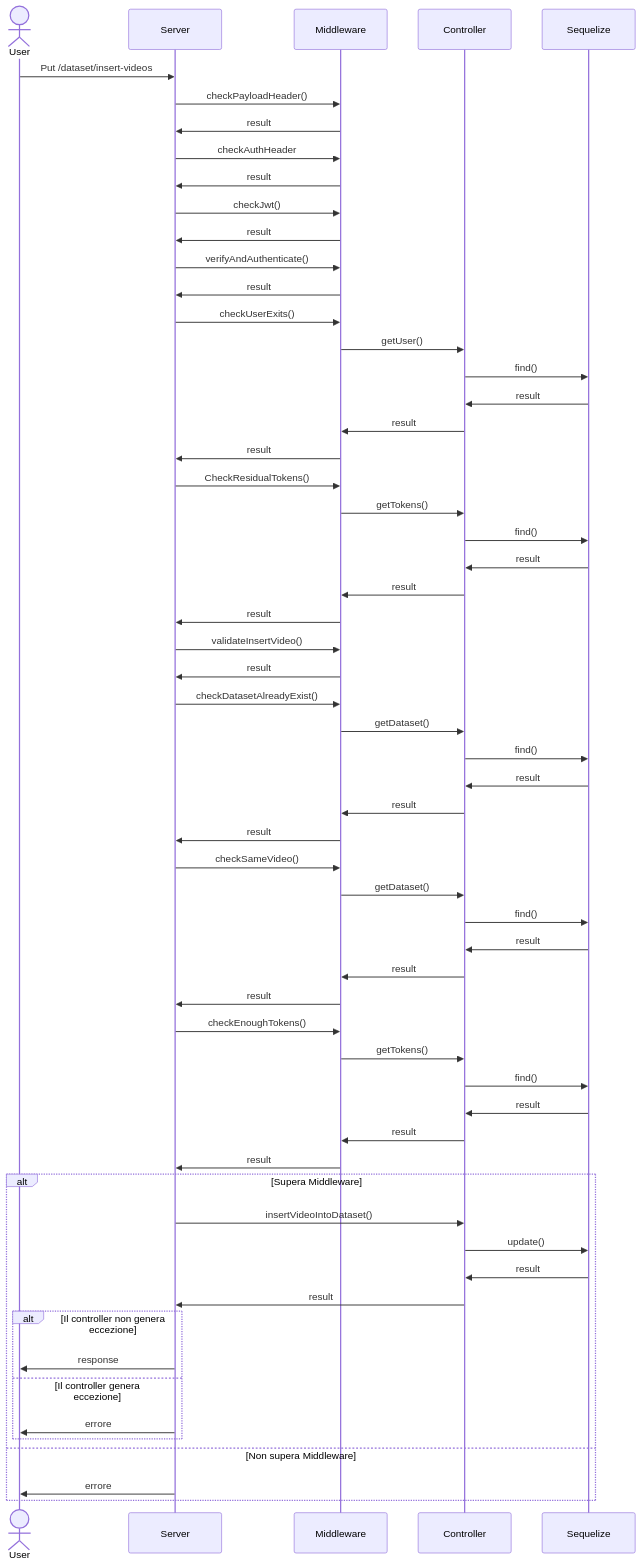
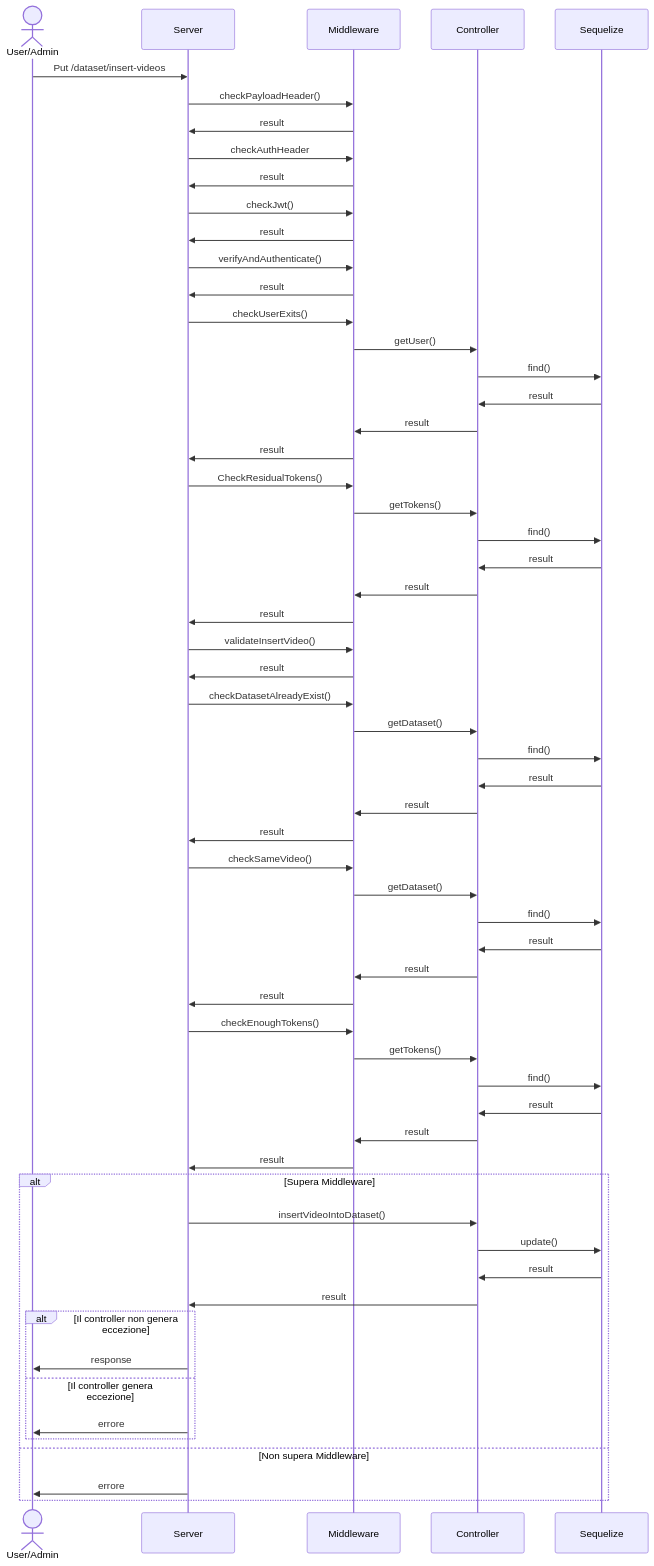
Before and after one commit to AgneseBruglia/PA2024: the tenth of 12 diagrams in README.md, drawn with Mermaid. The commit also changed other lines of this file, not shown here.

````diff
--- a/README.md
+++ b/README.md
@@ -571,71 +571,71 @@
 ```mermaid
 sequenceDiagram
-     actor User
+     actor User/Admin
 
-    User->>Server: Put /dataset/insert-videos
+    User/Admin->>Server: Put /dataset/insert-videos
 
     Server->>Middleware: checkPayloadHeader()
     Middleware->>Server: result 
     
     Server->>Middleware: checkAuthHeader
     Middleware->>Server: result
 
     Server->>Middleware: checkJwt()
     Middleware->>Server: result
 
     Server->>Middleware: verifyAndAuthenticate()
     Middleware->>Server: result
 
     Server->>Middleware: checkUserExits()
     Middleware->>Controller: getUser()
     Controller->>Sequelize: find()
     Sequelize->>Controller: result
     Controller->>Middleware: result
     Middleware->>Server: result
 
     Server->>Middleware: CheckResidualTokens()
     Middleware->>Controller: getTokens()
     Controller->>Sequelize: find()
     Sequelize->>Controller: result
     Controller->>Middleware: result
     Middleware->>Server: result
 
     Server->>Middleware: validateInsertVideo()
     Middleware->>Server: result
 
     Server->>Middleware: checkDatasetAlreadyExist()
     Middleware->>Controller: getDataset()
     Controller->>Sequelize: find()
     Sequelize->>Controller: result
     Controller->>Middleware: result
     Middleware->>Server: result
 
     Server->>Middleware: checkSameVideo()
     Middleware->>Controller: getDataset()
     Controller->>Sequelize: find()
     Sequelize->>Controller: result
     Controller->>Middleware: result
     Middleware->>Server: result
 
     Server->>Middleware: checkEnoughTokens()
     Middleware->>Controller: getTokens()
     Controller->>Sequelize: find()
     Sequelize->>Controller: result
     Controller->>Middleware: result
     Middleware->>Server: result
     
 
     alt Supera Middleware
         Server->>Controller: insertVideoIntoDataset()
         Controller->>Sequelize: update()
         Sequelize->>Controller: result
         Controller->>Server:result
         alt Il controller non genera eccezione
-             Server->>User: response
+             Server->>User/Admin: response
         else Il controller genera eccezione
-             Server->>User: errore
+             Server->>User/Admin: errore
         end 
     else  Non supera Middleware
-        Server->>User: errore
+        Server->>User/Admin: errore
     end
 ```
````
